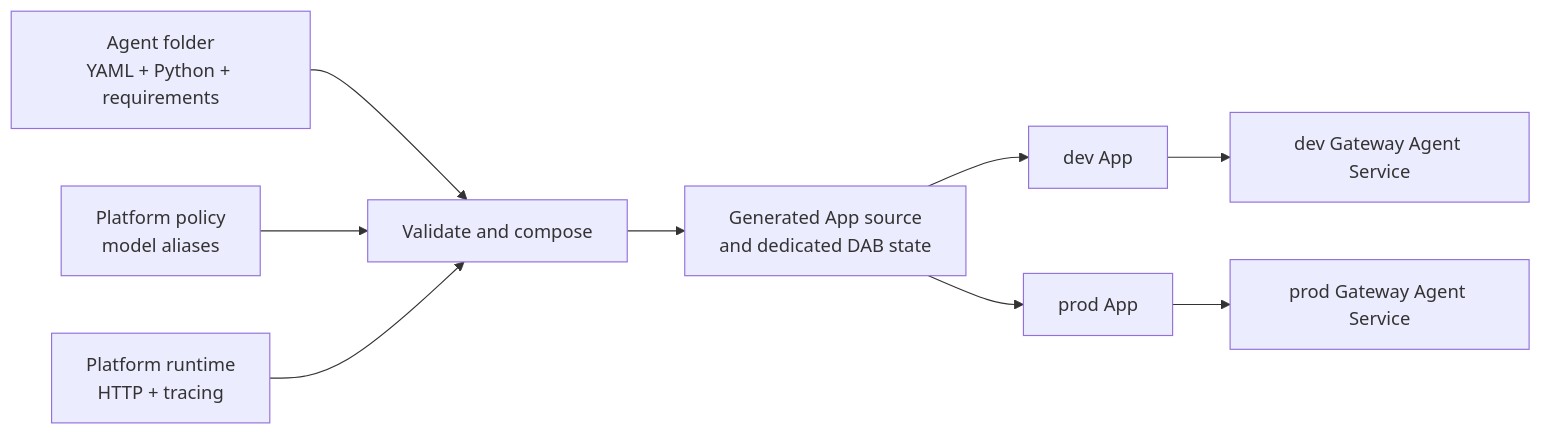
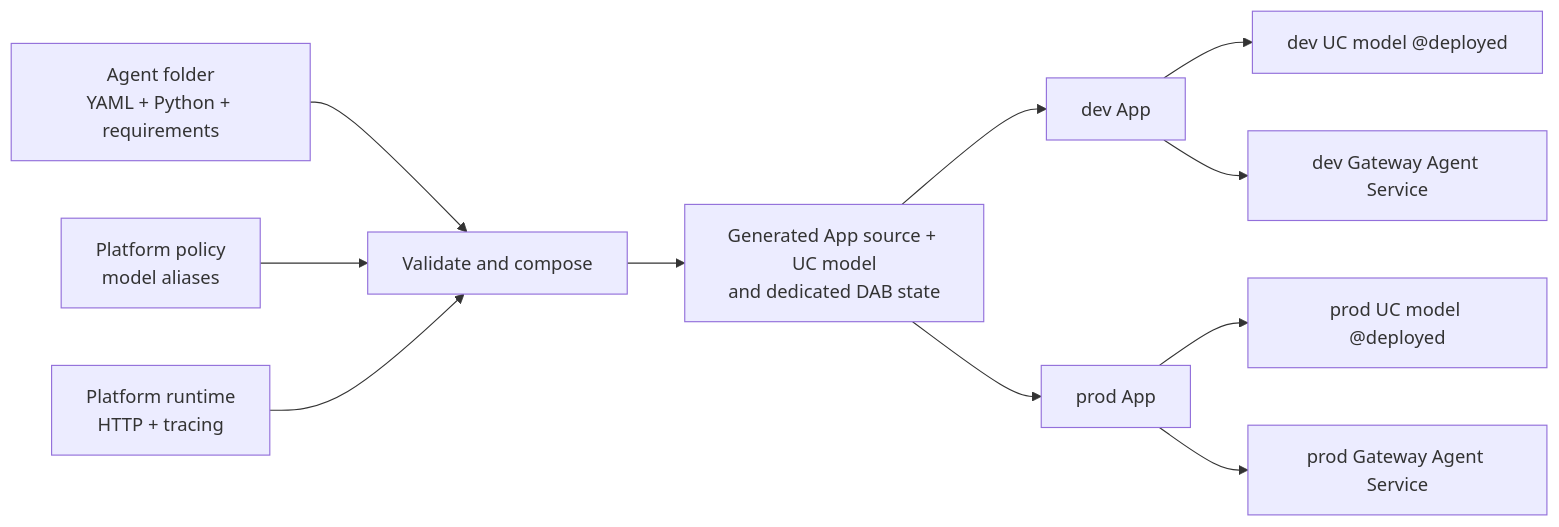
The diagram in docs/architecture/folder-defined-agents.md (zacdav-db/databricks-agent-cicd-sandpit), drawn with Mermaid before and after one commit. The commit also changed other lines of this file and 19 other files, not shown here.

````diff
--- a/docs/architecture/folder-defined-agents.md
+++ b/docs/architecture/folder-defined-agents.md
@@ -8,19 +8,25 @@
 ```mermaid
 flowchart LR
     Folder["Agent folder<br/>YAML + Python + requirements"]
     Policy["Platform policy<br/>model aliases"]
     Runtime["Platform runtime<br/>HTTP + tracing"]
     Composer["Validate and compose"]
-    Generated["Generated App source<br/>and dedicated DAB state"]
+    Generated["Generated App source + UC model<br/>and dedicated DAB state"]
     Dev["dev App"]
+    DevModel["dev UC model @deployed"]
     DevGateway["dev Gateway Agent Service"]
     Prod["prod App"]
+    ProdModel["prod UC model @deployed"]
     ProdGateway["prod Gateway Agent Service"]
 
     Folder --> Composer
     Policy --> Composer
     Runtime --> Composer
     Composer --> Generated
-    Generated --> Dev --> DevGateway
-    Generated --> Prod --> ProdGateway
+    Generated --> Dev
+    Dev --> DevModel
+    Dev --> DevGateway
+    Generated --> Prod
+    Prod --> ProdModel
+    Prod --> ProdGateway
 ```
````
